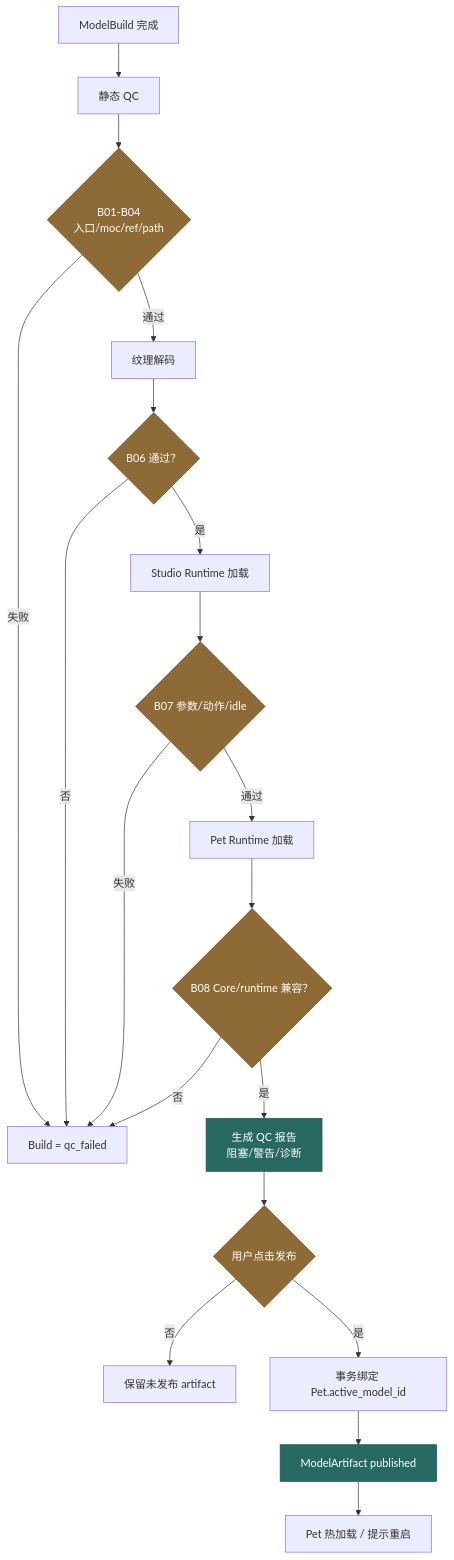
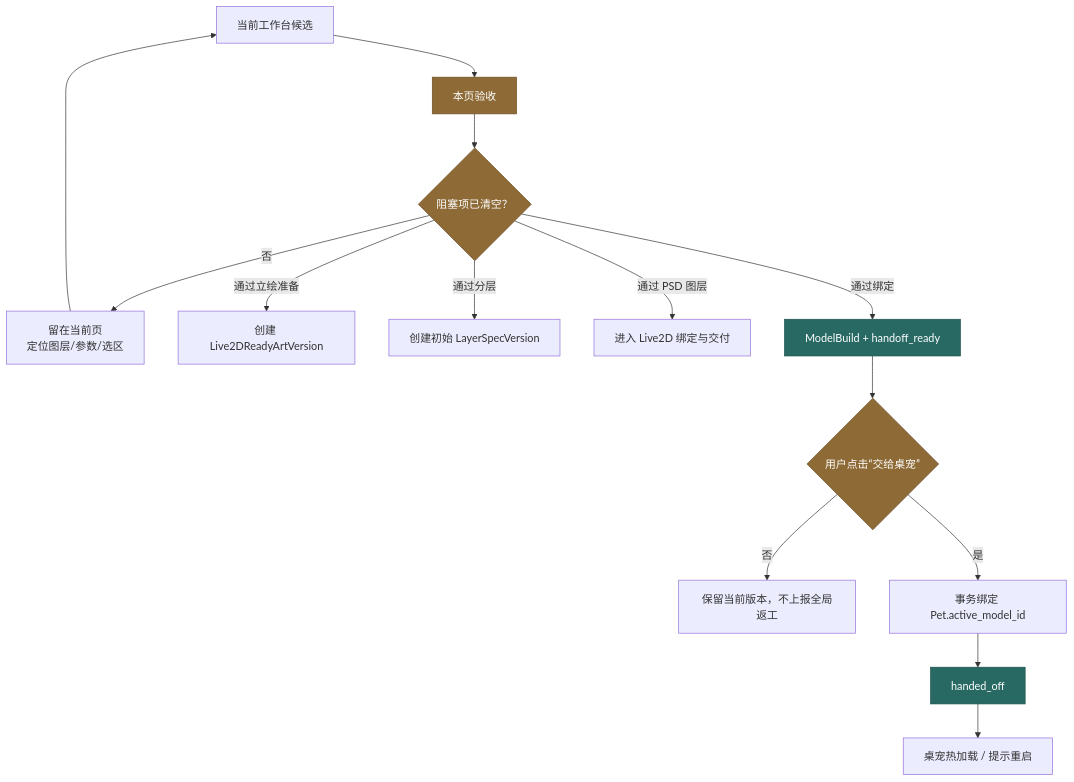
Before and after one commit to fupingyezi/agent2live: the tenth of 21 diagrams in docs/architecture/2026-11-08-stage-workflows.md, drawn with Mermaid. The commit also changed other lines of this file and 11 other files, not shown here.

Commit message:
docs: update live2D workbench architecture

````diff
--- a/docs/architecture/2026-11-08-stage-workflows.md
+++ b/docs/architecture/2026-11-08-stage-workflows.md
@@ -425,26 +411,21 @@
 ```mermaid
 flowchart TD
-  A["ModelBuild 完成"] --> B["静态 QC"]
-  B --> C{"B01-B04<br/>入口/moc/ref/path"}
-  C -->|失败| C1["Build = qc_failed"]
-  C -->|通过| D["纹理解码"]
-  D --> E{"B06 通过？"}
-  E -->|否| C1
-  E -->|是| F["Studio Runtime 加载"]
-  F --> G{"B07 参数/动作/idle"}
-  G -->|失败| C1
-  G -->|通过| H["Pet Runtime 加载"]
-  H --> I{"B08 Core/runtime 兼容？"}
-  I -->|否| C1
-  I -->|是| J["生成 QC 报告<br/>阻塞/警告/诊断"]
-  J --> K{"用户点击发布"}
-  K -->|否| L["保留未发布 artifact"]
-  K -->|是| M["事务绑定 Pet.active_model_id"]
-  M --> N["ModelArtifact published"]
-  N --> O["Pet 热加载 / 提示重启"]
+  A["当前工作台候选"] --> B["本页验收"]
+  B --> C{"阻塞项已清空？"}
+  C -->|否| D["留在当前页<br/>定位图层/参数/选区"]
+  D --> A
+  C -->|通过立绘准备| E["创建 Live2DReadyArtVersion"]
+  C -->|通过分层| F["创建初始 LayerSpecVersion"]
+  C -->|通过 PSD 图层| G["进入 Live2D 绑定与交付"]
+  C -->|通过绑定| H["ModelBuild + handoff_ready"]
+  H --> I{"用户点击“交给桌宠”"}
+  I -->|否| J["保留当前版本，不上报全局返工"]
+  I -->|是| K["事务绑定 Pet.active_model_id"]
+  K --> L["handed_off"]
+  L --> M["桌宠热加载 / 提示重启"]
 
   classDef gate fill:#8d6a36,color:#fff,stroke:#6d4f24;
   classDef artifact fill:#286a63,color:#fff,stroke:#1d514b;
-  class C,E,G,I,K gate;
-  class J,N artifact;
+  class C,B,I gate;
+  class H,L artifact;
 ```
````
